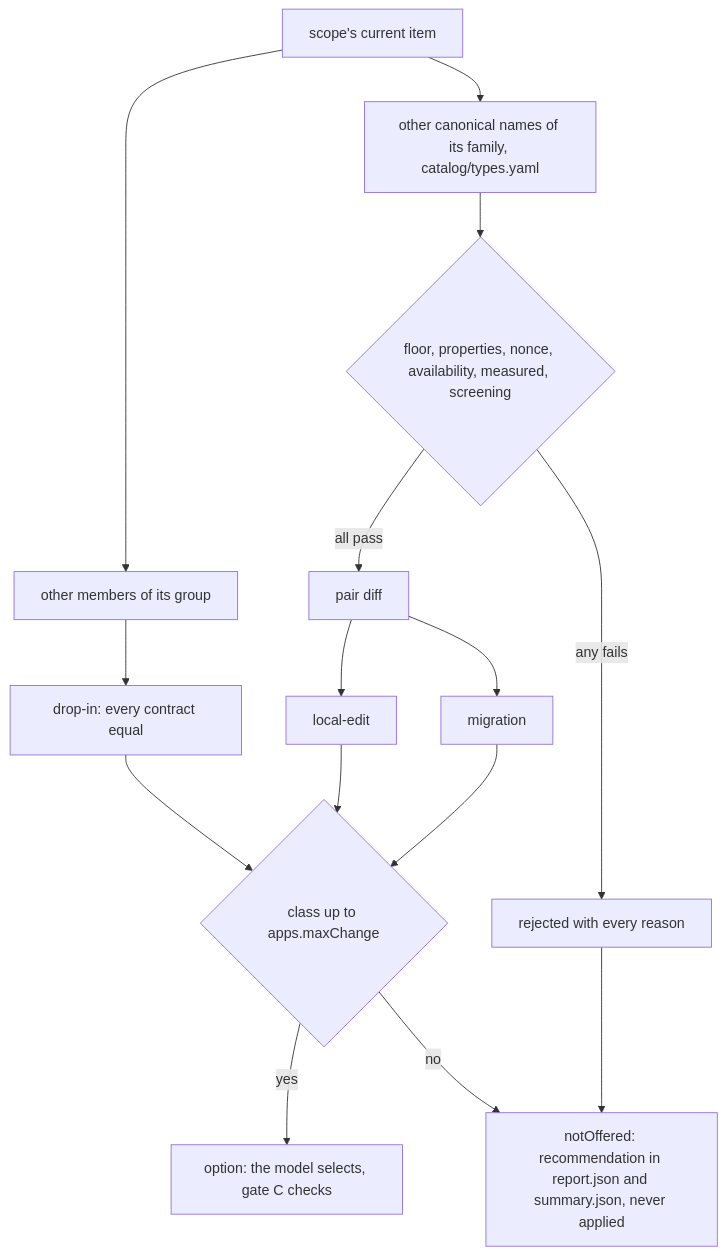
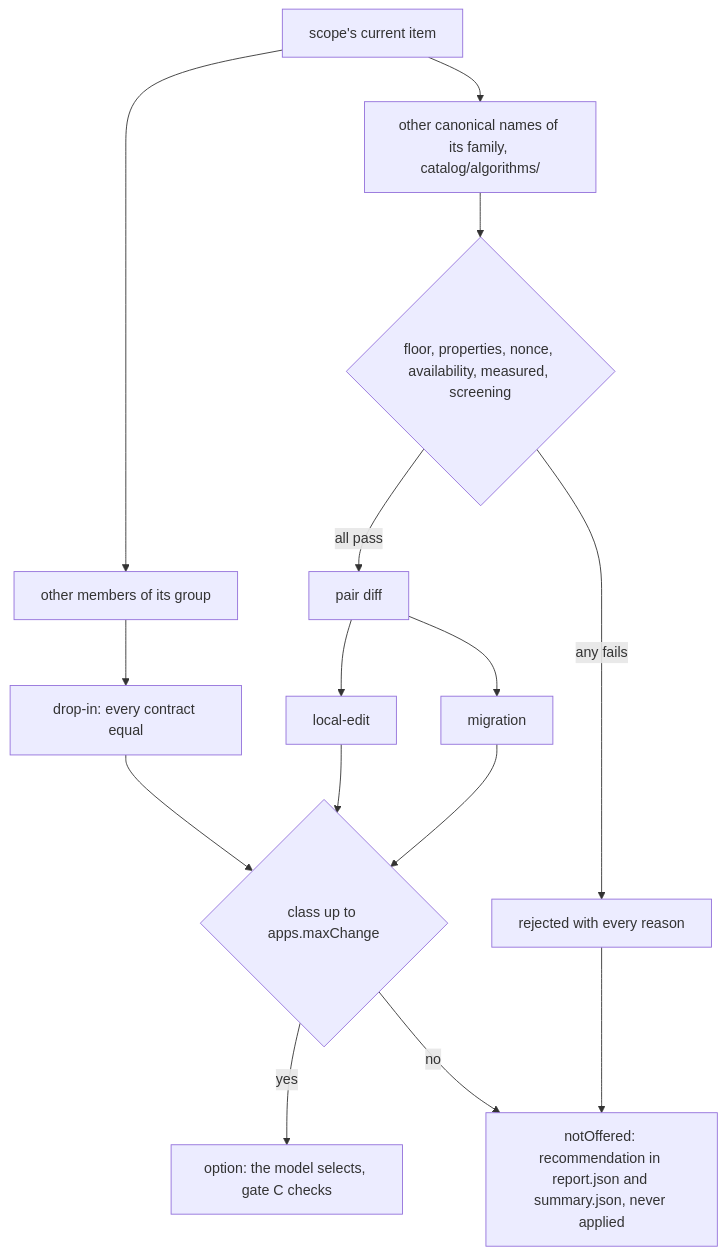
Before and after one commit to JuneKim0007/cryptobenchmark: the diagram in apps/perf-repair/docs/change-classes.md, drawn with Mermaid. The commit also changed other lines of this file and 17 other files, not shown here.

Commit message:
Retire types.yaml: every reader takes the catalogues; guides, maps and docs follow (#113)

````diff
--- a/apps/perf-repair/docs/change-classes.md
+++ b/apps/perf-repair/docs/change-classes.md
@@ -5,17 +5,17 @@
 ```mermaid
 flowchart TD
     C[scope's current item] --> G[other members of its group]
-    C --> F[other canonical names of its family, catalog/types.yaml]
+    C --> F[other canonical names of its family, catalog/algorithms/]
     G --> D[drop-in: every contract equal]
     F --> R{floor, properties, nonce, availability, measured, screening}
     R -- any fails --> X[rejected with every reason]
     R -- all pass --> P[pair diff]
     P --> L[local-edit]
     P --> M[migration]
     D --> O{class up to apps.maxChange}
     L --> O
     M --> O
     O -- yes --> A[option: the model selects, gate C checks]
     O -- no --> N[notOffered: recommendation in report.json and summary.json, never applied]
     X --> N
 ```
````
